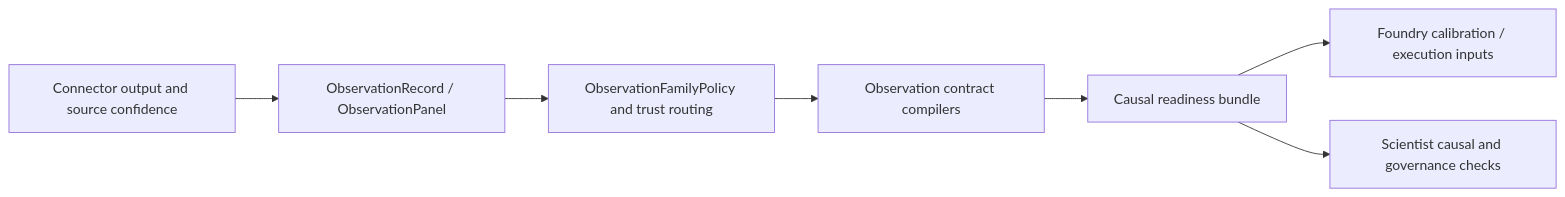
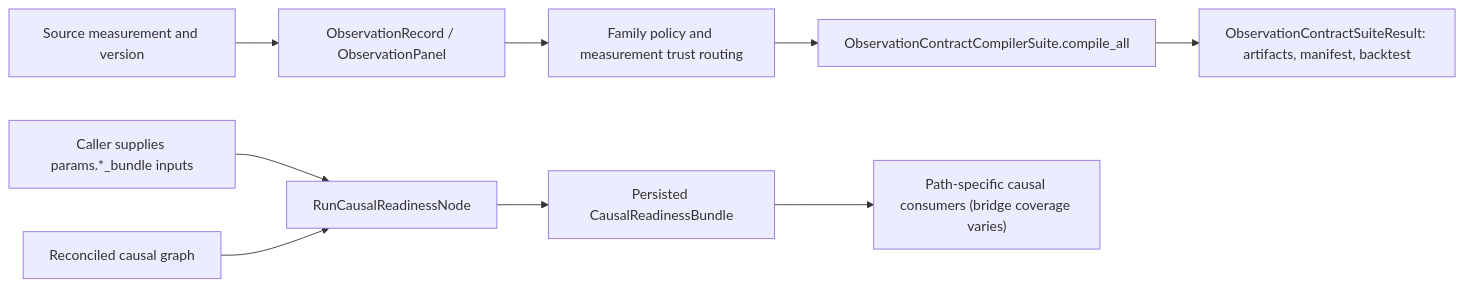
The diagram in policy-engine/docs/explanation/observation-contracts.md (DenisKopylov/polisyos), drawn with Mermaid before and after one commit. The commit also changed other lines of this file and 86 other files, not shown here.

````diff
--- a/policy-engine/docs/explanation/observation-contracts.md
+++ b/policy-engine/docs/explanation/observation-contracts.md
@@ -13,9 +15,11 @@
 ```mermaid
 flowchart LR
-    Source["Connector output and source confidence"] --> Record["ObservationRecord / ObservationPanel"]
-    Record --> Policy["ObservationFamilyPolicy and trust routing"]
-    Policy --> Compiler["Observation contract compilers"]
-    Compiler --> Ready["Causal readiness bundle"]
-    Ready --> Foundry["Foundry calibration / execution inputs"]
-    Ready --> Scientist["Scientist causal and governance checks"]
+    Source["Source measurement and version"] --> Record["ObservationRecord / ObservationPanel"]
+    Record --> Policy["Family policy and measurement trust routing"]
+    Policy --> Compiler["ObservationContractCompilerSuite.compile_all"]
+    Compiler --> SuiteResult["ObservationContractSuiteResult: artifacts, manifest, backtest"]
+    Caller["Caller supplies params.*_bundle inputs"] --> Readiness["RunCausalReadinessNode"]
+    Graph["Reconciled causal graph"] --> Readiness
+    Readiness --> Persist["Persisted CausalReadinessBundle"]
+    Persist --> Gate["Path-specific causal consumers (bridge coverage varies)"]
 ```
````
